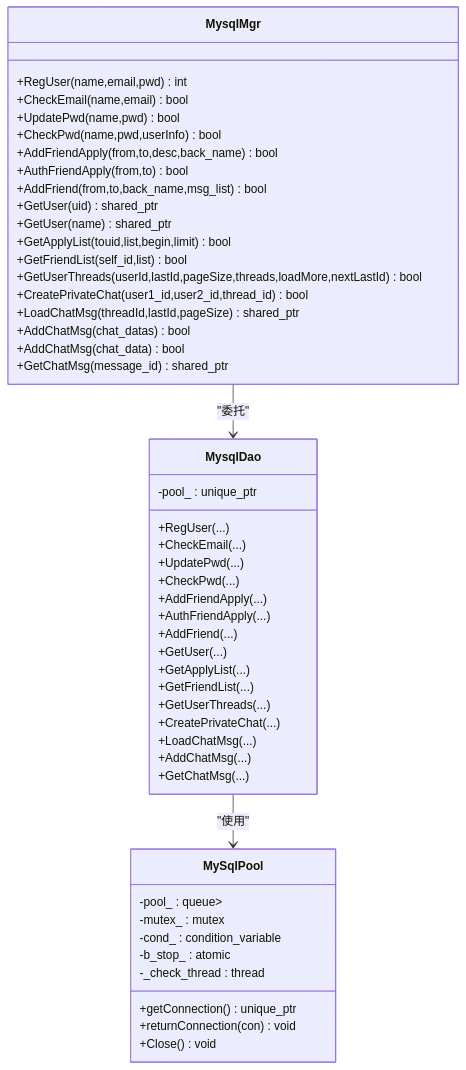
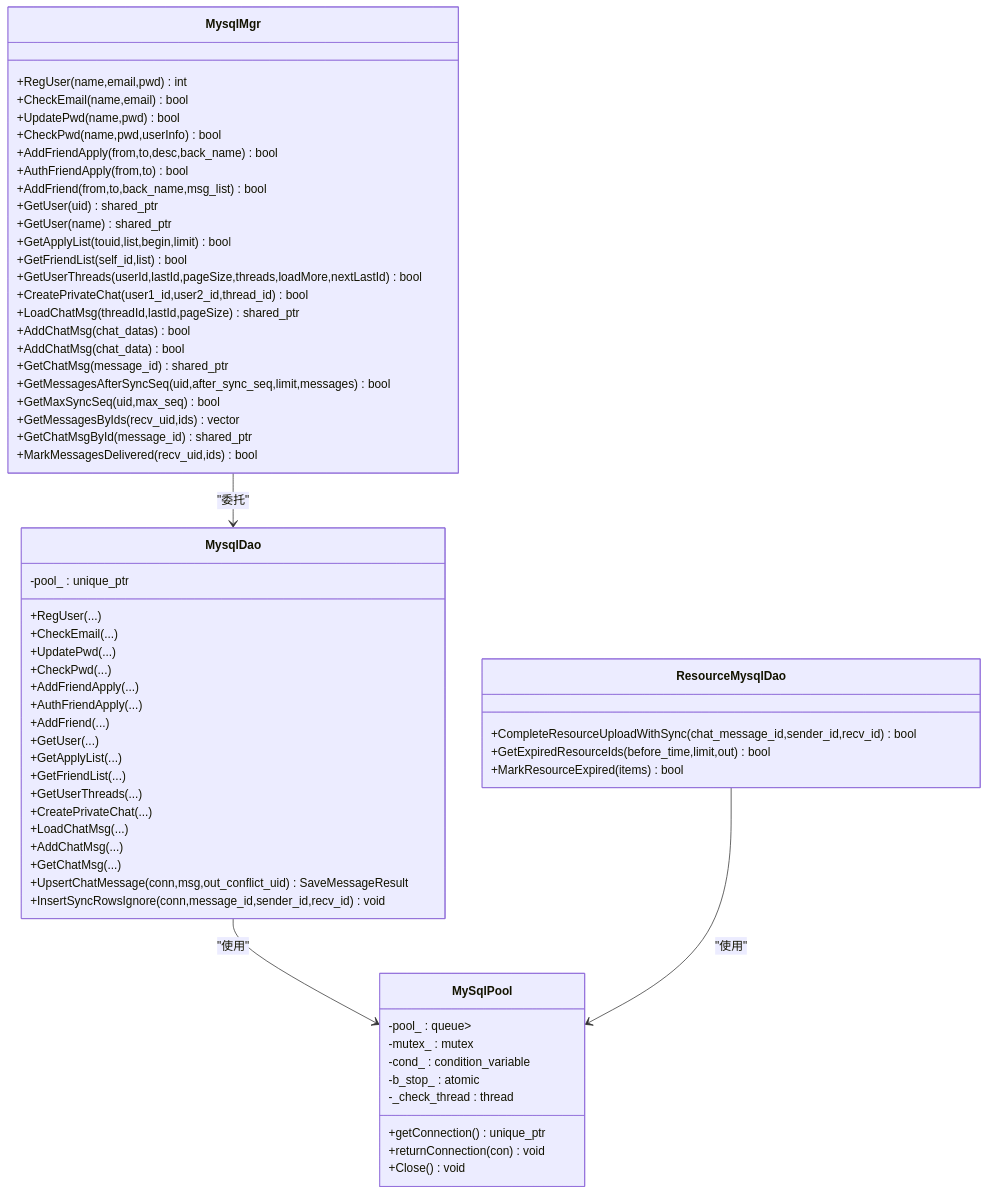
Before and after one commit to echo9923/mychatter: the fifth of 6 diagrams in .qoder/repowiki/zh/content/缓存和存储/MySQL数据存储.md, drawn with Mermaid. The commit also changed other lines of this file and 132 other files, not shown here.

````diff
--- a/.qoder/repowiki/zh/content/缓存和存储/MySQL数据存储.md
+++ b/.qoder/repowiki/zh/content/缓存和存储/MySQL数据存储.md
@@ -326,52 +371,65 @@
 ```mermaid
 classDiagram
 class MysqlMgr {
 +RegUser(name,email,pwd) int
 +CheckEmail(name,email) bool
 +UpdatePwd(name,pwd) bool
 +CheckPwd(name,pwd,userInfo) bool
 +AddFriendApply(from,to,desc,back_name) bool
 +AuthFriendApply(from,to) bool
 +AddFriend(from,to,back_name,msg_list) bool
 +GetUser(uid) shared_ptr<UserInfo>
 +GetUser(name) shared_ptr<UserInfo>
 +GetApplyList(touid,list,begin,limit) bool
 +GetFriendList(self_id,list) bool
 +GetUserThreads(userId,lastId,pageSize,threads,loadMore,nextLastId) bool
 +CreatePrivateChat(user1_id,user2_id,thread_id) bool
 +LoadChatMsg(threadId,lastId,pageSize) shared_ptr<PageResult>
 +AddChatMsg(chat_datas) bool
 +AddChatMsg(chat_data) bool
 +GetChatMsg(message_id) shared_ptr<ChatMessage>
++GetMessagesAfterSyncSeq(uid,after_sync_seq,limit,messages) bool
++GetMaxSyncSeq(uid,max_seq) bool
++GetMessagesByIds(recv_uid,ids) vector<ChatMessage>
++GetChatMsgById(message_id) shared_ptr<ChatMessage>
++MarkMessagesDelivered(recv_uid,ids) bool
 }
 class MysqlDao {
 +RegUser(...)
 +CheckEmail(...)
 +UpdatePwd(...)
 +CheckPwd(...)
 +AddFriendApply(...)
 +AuthFriendApply(...)
 +AddFriend(...)
 +GetUser(...)
 +GetApplyList(...)
 +GetFriendList(...)
 +GetUserThreads(...)
 +CreatePrivateChat(...)
 +LoadChatMsg(...)
 +AddChatMsg(...)
 +GetChatMsg(...)
++UpsertChatMessage(conn,msg,out_conflict_uid) SaveMessageResult
++InsertSyncRowsIgnore(conn,message_id,sender_id,recv_id) void
 -pool_ : unique_ptr<MySqlPool>
 }
 class MySqlPool {
 +getConnection() unique_ptr<SqlConnection>
 +returnConnection(con) void
 +Close() void
 -pool_ : queue<unique_ptr<SqlConnection>>
 -mutex_ : mutex
 -cond_ : condition_variable
 -b_stop_ : atomic<bool>
 -_check_thread : thread
 }
+class ResourceMysqlDao {
++CompleteResourceUploadWithSync(chat_message_id,sender_id,recv_id) bool
++GetExpiredResourceIds(before_time,limit,out) bool
++MarkResourceExpired(items) bool
+}
 MysqlMgr --> MysqlDao : "委托"
 MysqlDao --> MySqlPool : "使用"
+ResourceMysqlDao --> MySqlPool : "使用"
 ```
````
